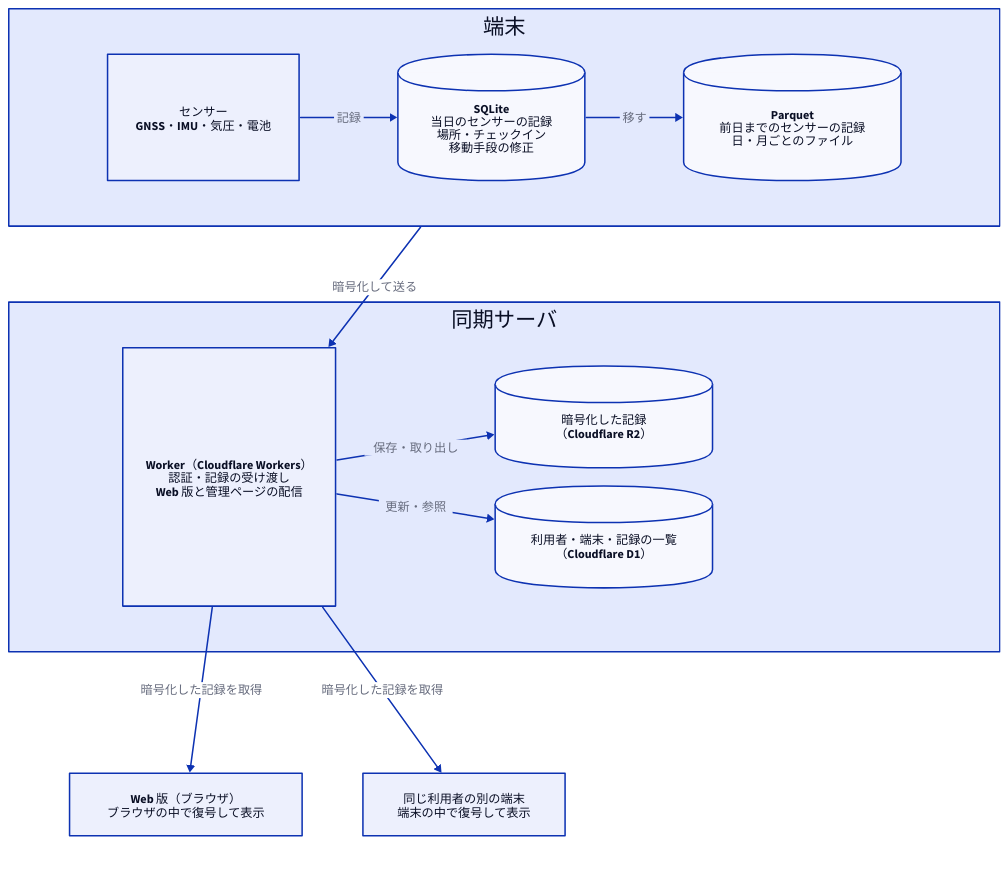
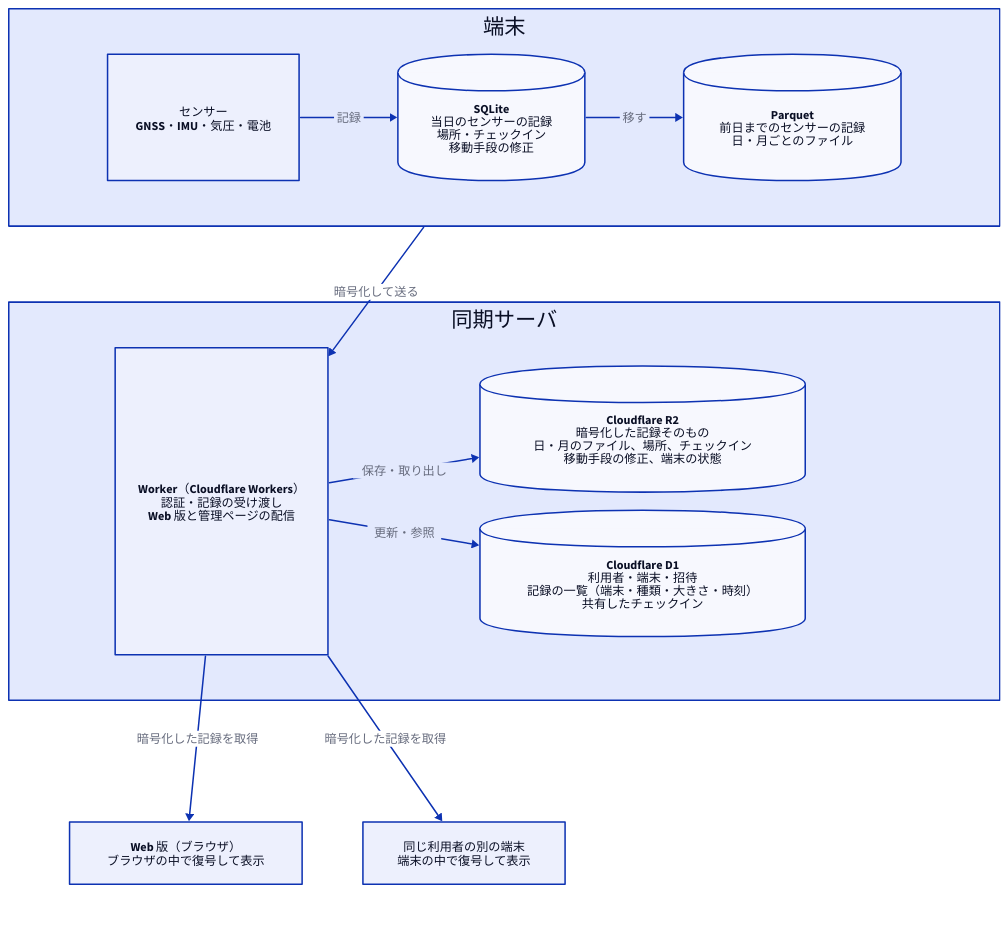
The diagram in docs/diagrams/data-flow.d2 (sksat/ashidori), drawn with D2 before and after one commit. The commit also changed 1 other file, not shown here.

Commit message:
README diagram: what R2 and D1 hold
R2: the encrypted records themselves (the day and month files, places, check-ins, corrections, device status). D1: users, devices, invites, the list of records (device, kind, size, time) and shared check-ins.

Claude-Session: https://claude.ai/code/session_017t1ggPhSxMpk4m7mc72YJC

```diff
--- a/docs/diagrams/data-flow.d2
+++ b/docs/diagrams/data-flow.d2
@@ -1,47 +1,47 @@
 # データフロー（README）
 # 端末は記録を暗号化してから送る。復号できるのは利用者の端末とペアリングしたブラウザだけで、同期サーバには暗号化した記録だけが届く。
 direction: down
 grid-rows: 3
 grid-gap: 100
 
 phone: 端末 {
   grid-columns: 3
   horizontal-gap: 130
   sensors: "センサー\nGNSS・IMU・気圧・電池"
   db: "SQLite\n当日のセンサーの記録\n場所・チェックイン\n移動手段の修正" {shape: cylinder}
   archive: "Parquet\n前日までのセンサーの記録\n日・月ごとのファイル" {shape: cylinder}
 
   sensors -> db: 記録
   db -> archive: 移す
 }
 
 server: 同期サーバ {
   grid-columns: 2
-  horizontal-gap: 150
+  horizontal-gap: 140
   # The Worker on the left (under the device's encryption and above the readers),
   # the stores on the right, so no arrow crosses a store.
   api: "Worker（Cloudflare Workers）\n認証・記録の受け渡し\nWeb 版と管理ページの配信"
   stores: "" {
     style.fill: transparent
     style.stroke: transparent
     grid-rows: 2
     vertical-gap: 24
-    blobs: "暗号化した記録\n（Cloudflare R2）" {shape: cylinder}
-    meta: "利用者・端末・記録の一覧\n（Cloudflare D1）" {shape: cylinder}
+    blobs: "Cloudflare R2\n暗号化した記録そのもの\n日・月のファイル、場所、チェックイン\n移動手段の修正、端末の状態" {shape: cylinder}
+    meta: "Cloudflare D1\n利用者・端末・招待\n記録の一覧（端末・種類・大きさ・時刻）\n共有したチェックイン" {shape: cylinder}
   }
   api -> stores.blobs: 保存・取り出し
   api -> stores.meta: 更新・参照
 }
 
 readers: "" {
   style.fill: transparent
   style.stroke: transparent
   grid-columns: 2
   horizontal-gap: 80
   web: "Web 版（ブラウザ）\nブラウザの中で復号して表示"
   other: "同じ利用者の別の端末\n端末の中で復号して表示"
 }
 
 phone -> server.api: 暗号化して送る
 server.api -> readers.web: 暗号化した記録を取得
 server.api -> readers.other: 暗号化した記録を取得
```
